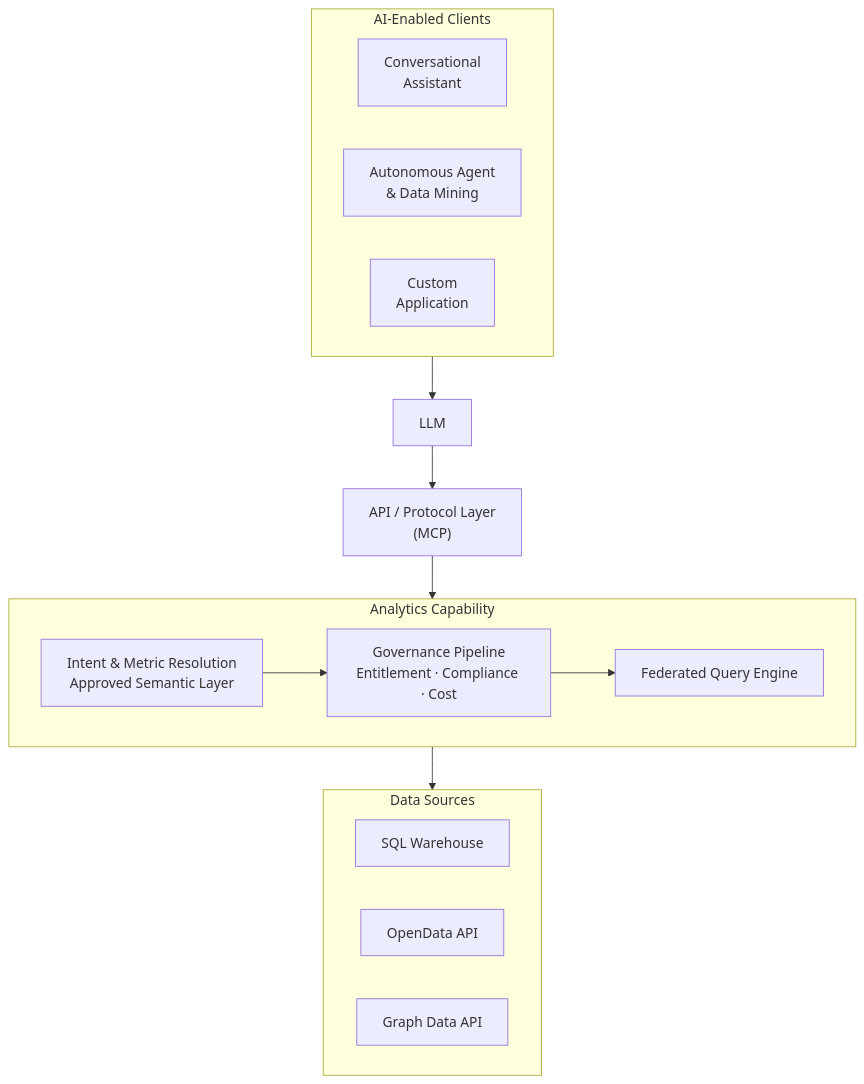
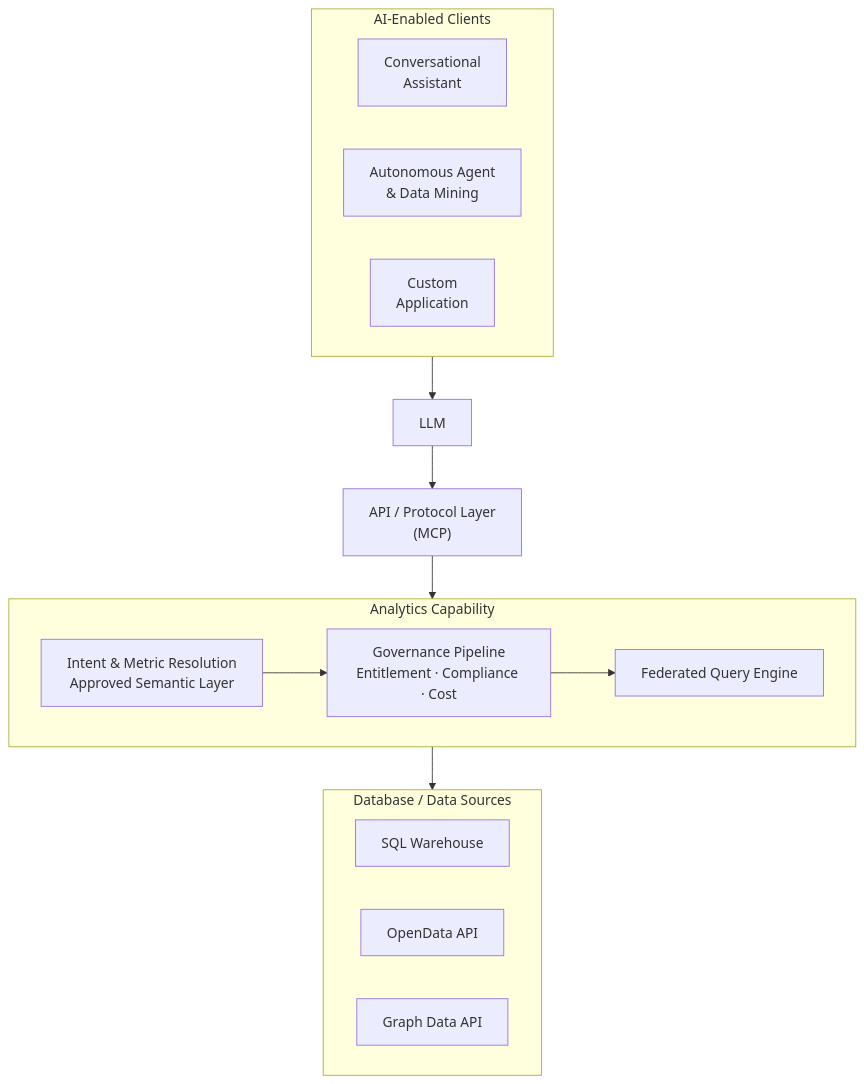
The second of 2 diagrams in docs/product/analytics/00-overview.md (M-A-Operating-System/shared-work), drawn with Mermaid before and after one commit. The commit also changed other lines of this file, not shown here.

First line of the commit message:
docs(analytics): align both diagrams with identical Database / Data Sources subgraph

````diff
--- a/docs/product/analytics/00-overview.md
+++ b/docs/product/analytics/00-overview.md
@@ -137,29 +142,29 @@
 ```mermaid
 flowchart TB
     subgraph clients["AI-Enabled Clients"]
         direction LR
         C1["Conversational\nAssistant"]
         C2["Autonomous Agent\n& Data Mining"]
         C3["Custom\nApplication"]
     end
     L["LLM"]
     M["API / Protocol Layer\n(MCP)"]
     subgraph platform["Analytics Capability"]
         direction LR
         P1["Intent & Metric Resolution\nApproved Semantic Layer"]
         P2["Governance Pipeline\nEntitlement · Compliance · Cost"]
         P3["Federated Query Engine"]
     end
-    subgraph data["Data Sources"]
+    subgraph data["Database / Data Sources"]
         direction LR
         D1["SQL Warehouse"]
         D2["OpenData API"]
         D3["Graph Data API"]
     end
     clients --> L
     L --> M
     M --> P1
     P1 --> P2
     P2 --> P3
     P3 --> data
 ```
````
